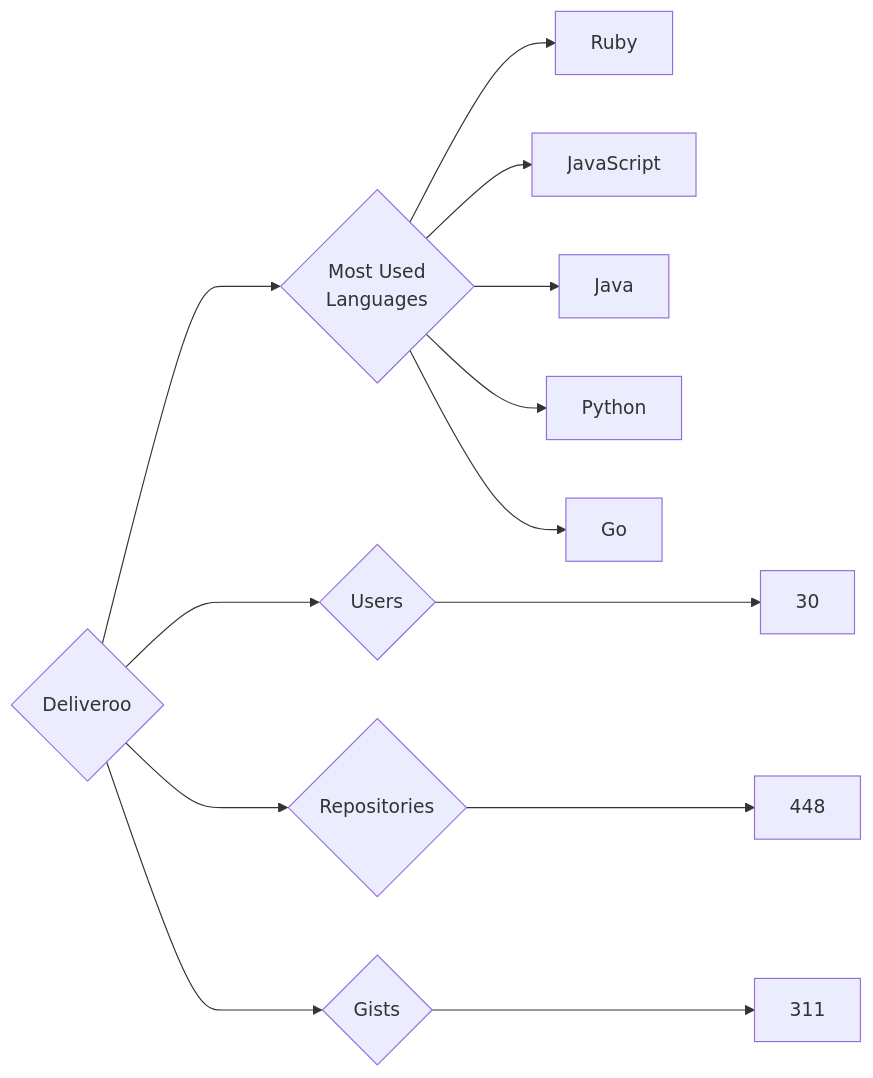
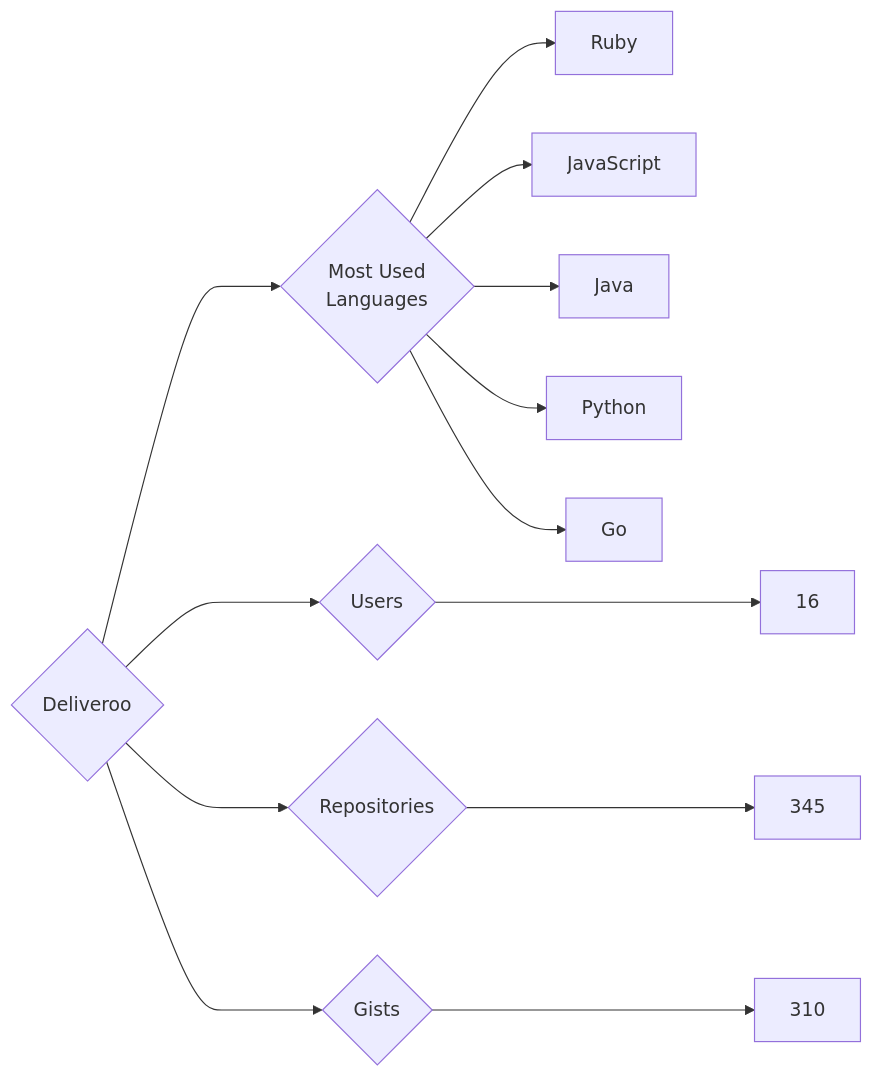
One commit to trickest/insiders changed the diagram in targets/Deliveroo/README.md. Above: the diagram before and after it, drawn with Mermaid. The commit also changed 912 other files, not shown here.

````diff
--- a/targets/Deliveroo/README.md
+++ b/targets/Deliveroo/README.md
@@ -3,13 +3,13 @@
 ```mermaid
 graph LR
 COMPANY_NAME{Deliveroo}
-COMPANY_NAME ---> U{Users} ---> UN[30]
-COMPANY_NAME ---> R{Repositories} ---> RN[448]
-COMPANY_NAME ---> G{Gists} ---> GN[311]
+COMPANY_NAME ---> U{Users} ---> UN[16]
+COMPANY_NAME ---> R{Repositories} ---> RN[345]
+COMPANY_NAME ---> G{Gists} ---> GN[310]
 COMPANY_NAME ---> ML{Most Used<br>Languages}
 ML --> Ruby[Ruby]
 ML --> JavaScript[JavaScript]
 ML --> Java[Java]
 ML --> Python[Python]
 ML --> Go[Go]
 ```
````
